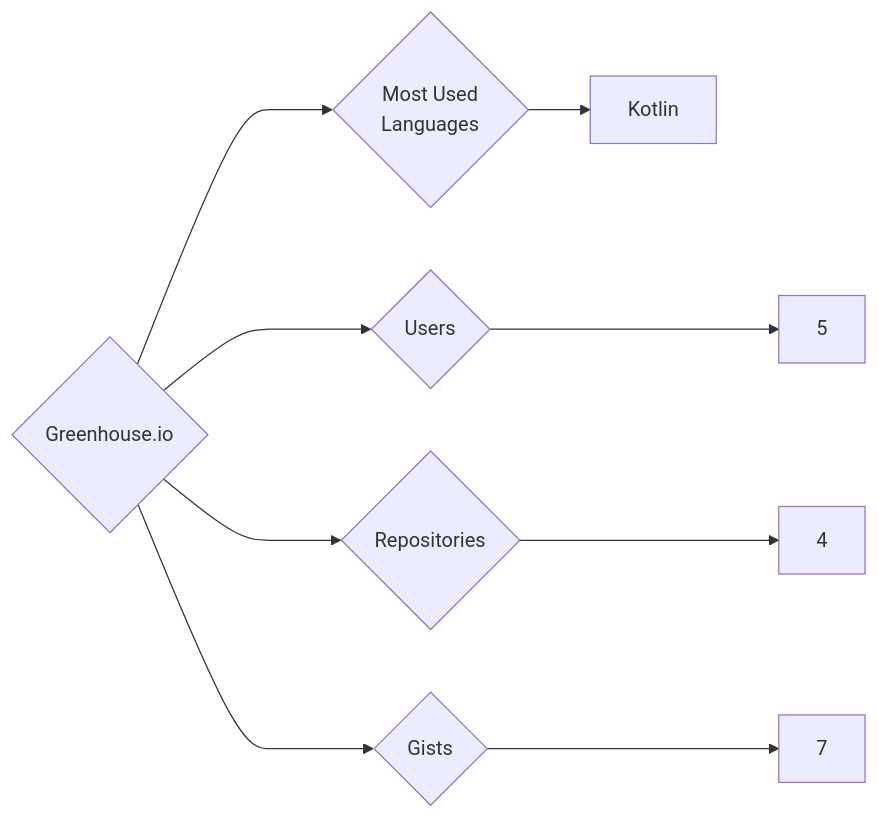
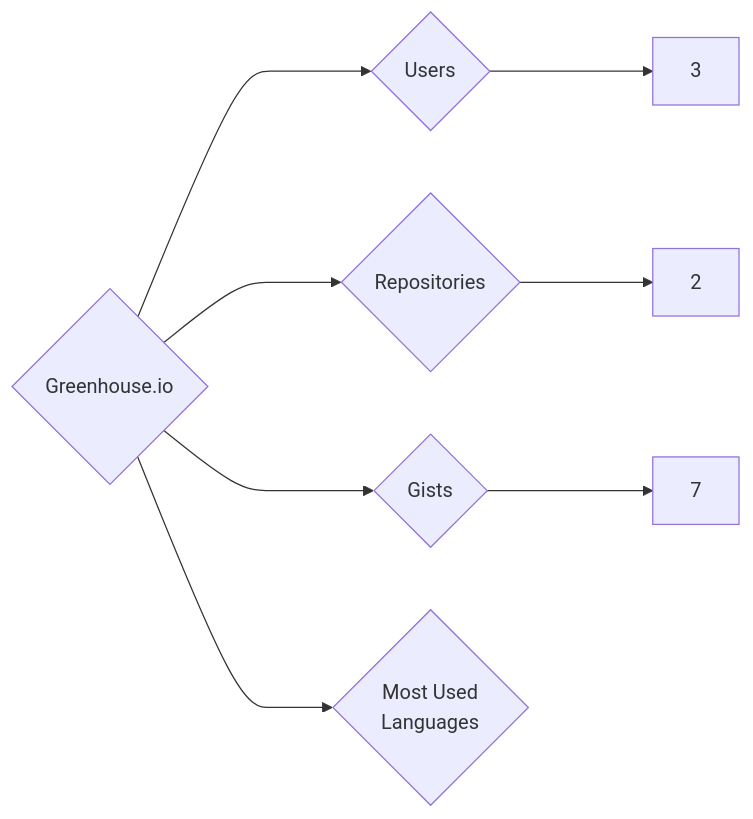
The diagram in targets/Greenhouse.io/README.md (trickest/insiders), drawn with Mermaid before and after one commit. The commit also changed 865 other files, not shown here.

````diff
--- a/targets/Greenhouse.io/README.md
+++ b/targets/Greenhouse.io/README.md
@@ -3,9 +3,8 @@
 ```mermaid
 graph LR
 COMPANY_NAME{Greenhouse.io}
-COMPANY_NAME ---> U{Users} ---> UN[5]
-COMPANY_NAME ---> R{Repositories} ---> RN[4]
+COMPANY_NAME ---> U{Users} ---> UN[3]
+COMPANY_NAME ---> R{Repositories} ---> RN[2]
 COMPANY_NAME ---> G{Gists} ---> GN[7]
 COMPANY_NAME ---> ML{Most Used<br>Languages}
-ML --> Kotlin[Kotlin]
 ```
````
